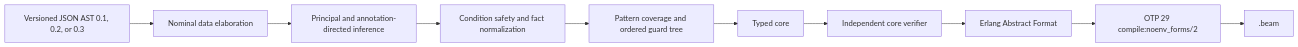
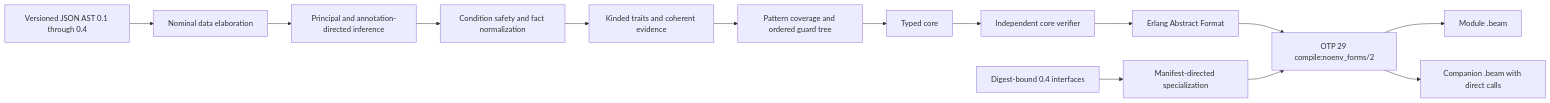
Before and after one commit to pcharbon70/catena: the diagram in README.md, drawn with Mermaid. The commit also changed other lines of this file and 22 other files, not shown here.

````diff
--- a/README.md
+++ b/README.md
@@ -46,12 +46,16 @@
 ```mermaid
 flowchart LR
-    JSON[Versioned JSON AST 0.1, 0.2, or 0.3] --> D[Nominal data elaboration]
+    JSON[Versioned JSON AST 0.1 through 0.4] --> D[Nominal data elaboration]
     D --> W[Principal and annotation-directed inference]
     W --> C[Condition safety and fact normalization]
-    C --> G[Pattern coverage and ordered guard tree]
+    C --> T[Kinded traits and coherent evidence]
+    T --> G[Pattern coverage and ordered guard tree]
     G --> TC[Typed core]
     TC --> V[Independent core verifier]
     V --> EAF[Erlang Abstract Format]
     EAF --> OTP[OTP 29 compile:noenv_forms/2]
-    OTP --> BEAM[.beam]
+    OTP --> BEAM[Module .beam]
+    I[Digest-bound 0.4 interfaces] --> L[Manifest-directed specialization]
+    L --> OTP
+    OTP --> CB[Companion .beam with direct calls]
 ```
````
